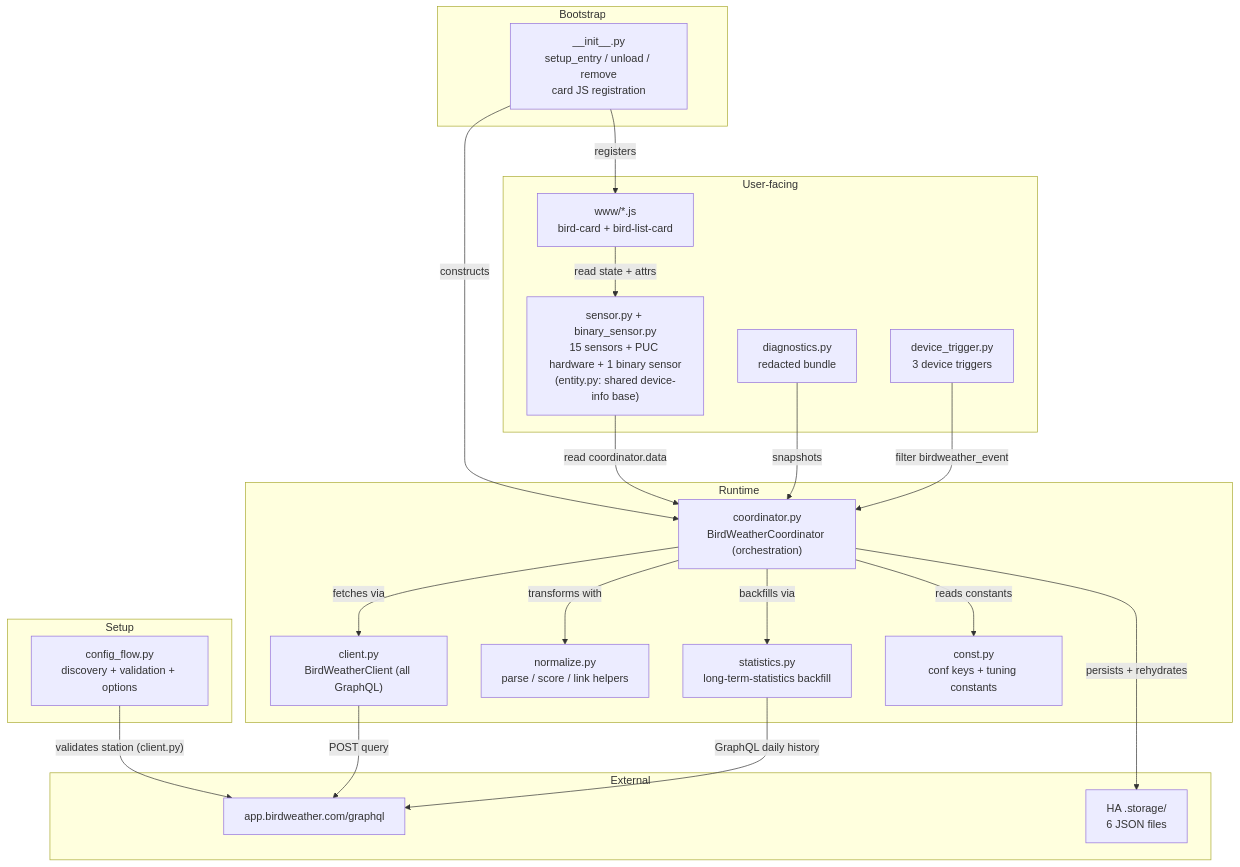
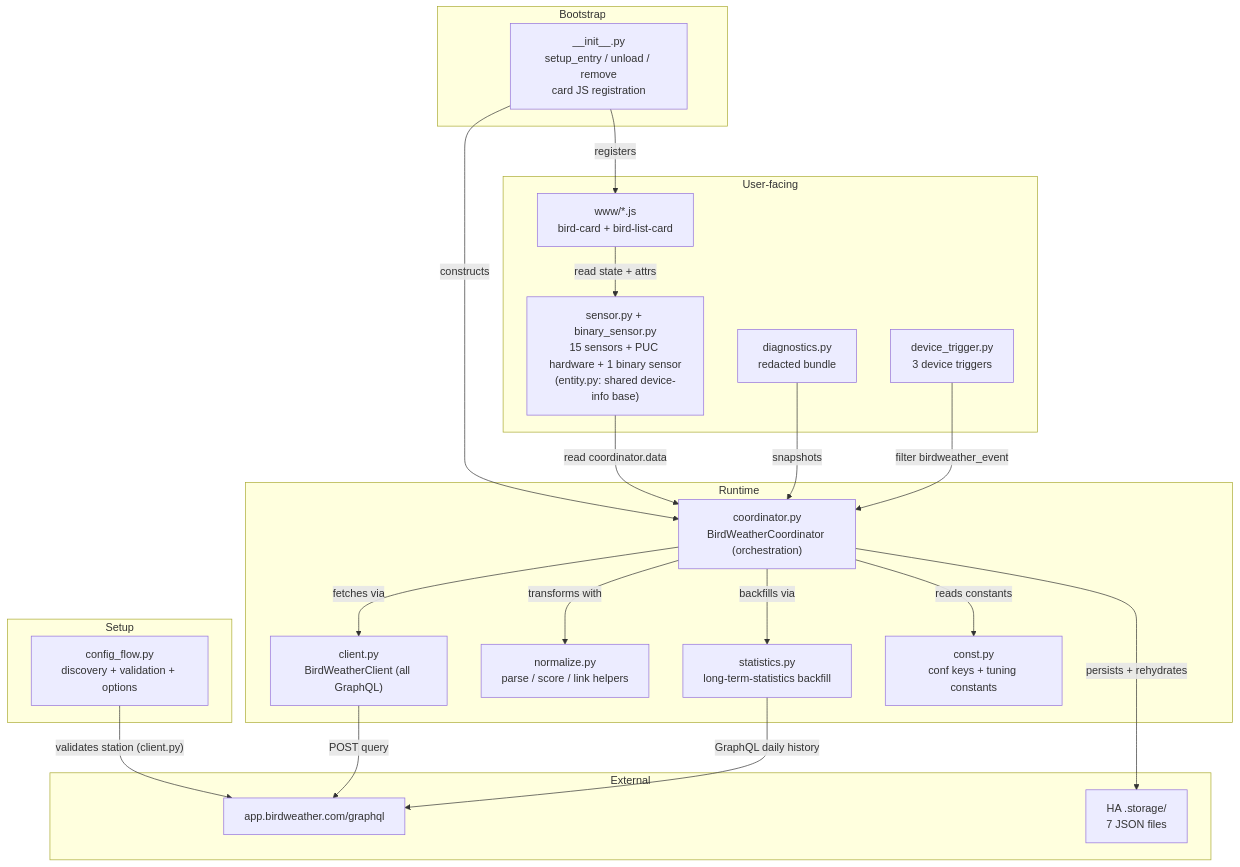
Before and after one commit to eklundjon/ha-birdweather: the first of 2 diagrams in docs/architecture.md, drawn with Mermaid. The commit also changed other lines of this file and 26 other files, not shown here.

````diff
--- a/docs/architecture.md
+++ b/docs/architecture.md
@@ -11,41 +11,41 @@
 ```mermaid
 graph TB
     subgraph Setup
         ConfigFlow["config_flow.py<br/>discovery + validation + options"]
     end
     subgraph Bootstrap
         InitMod["__init__.py<br/>setup_entry / unload / remove<br/>card JS registration"]
     end
     subgraph Runtime
         Coord["coordinator.py<br/>BirdWeatherCoordinator (orchestration)"]
         Client["client.py<br/>BirdWeatherClient (all GraphQL)"]
         Normalize["normalize.py<br/>parse / score / link helpers"]
         Stats["statistics.py<br/>long-term-statistics backfill"]
         Const["const.py<br/>conf keys + tuning constants"]
     end
     subgraph User-facing
         Sensors["sensor.py + binary_sensor.py<br/>15 sensors + PUC hardware + 1 binary sensor<br/>(entity.py: shared device-info base)"]
         Cards["www/*.js<br/>bird-card + bird-list-card"]
         Diag["diagnostics.py<br/>redacted bundle"]
         Triggers["device_trigger.py<br/>3 device triggers"]
     end
     subgraph External
         API["app.birdweather.com/graphql"]
-        HAStore["HA .storage/<br/>6 JSON files"]
+        HAStore["HA .storage/<br/>7 JSON files"]
     end
 
     ConfigFlow -- "validates station (client.py)" --> API
     InitMod -- "registers" --> Cards
     InitMod -- "constructs" --> Coord
     Coord -- "fetches via" --> Client
     Coord -- "transforms with" --> Normalize
     Coord -- "backfills via" --> Stats
     Coord -- "reads constants" --> Const
     Coord -- "persists + rehydrates" --> HAStore
     Client -- "POST query" --> API
     Stats -- "GraphQL daily history" --> API
     Sensors -- "read coordinator.data" --> Coord
     Cards -- "read state + attrs" --> Sensors
     Diag -- "snapshots" --> Coord
     Triggers -- "filter birdweather_event" --> Coord
 ```
````
